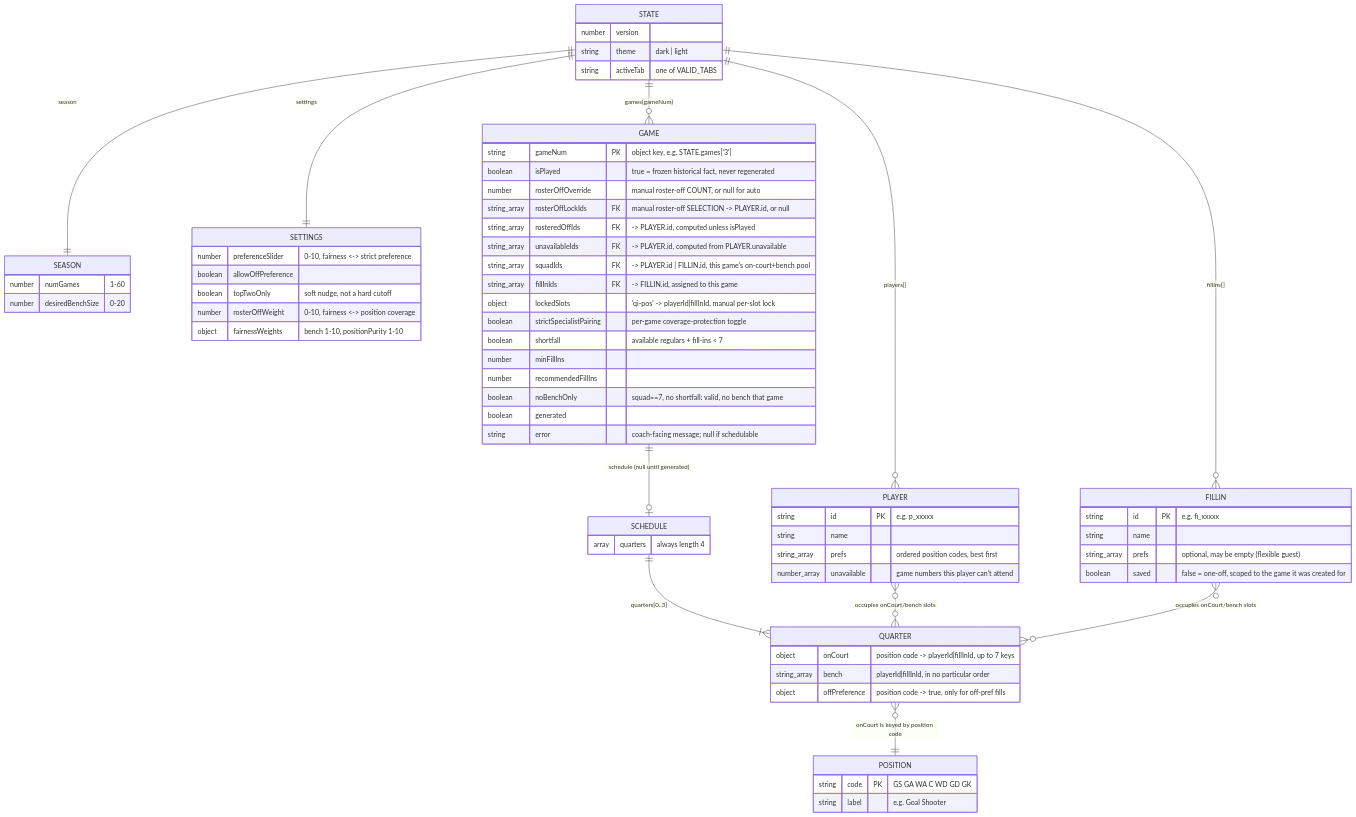
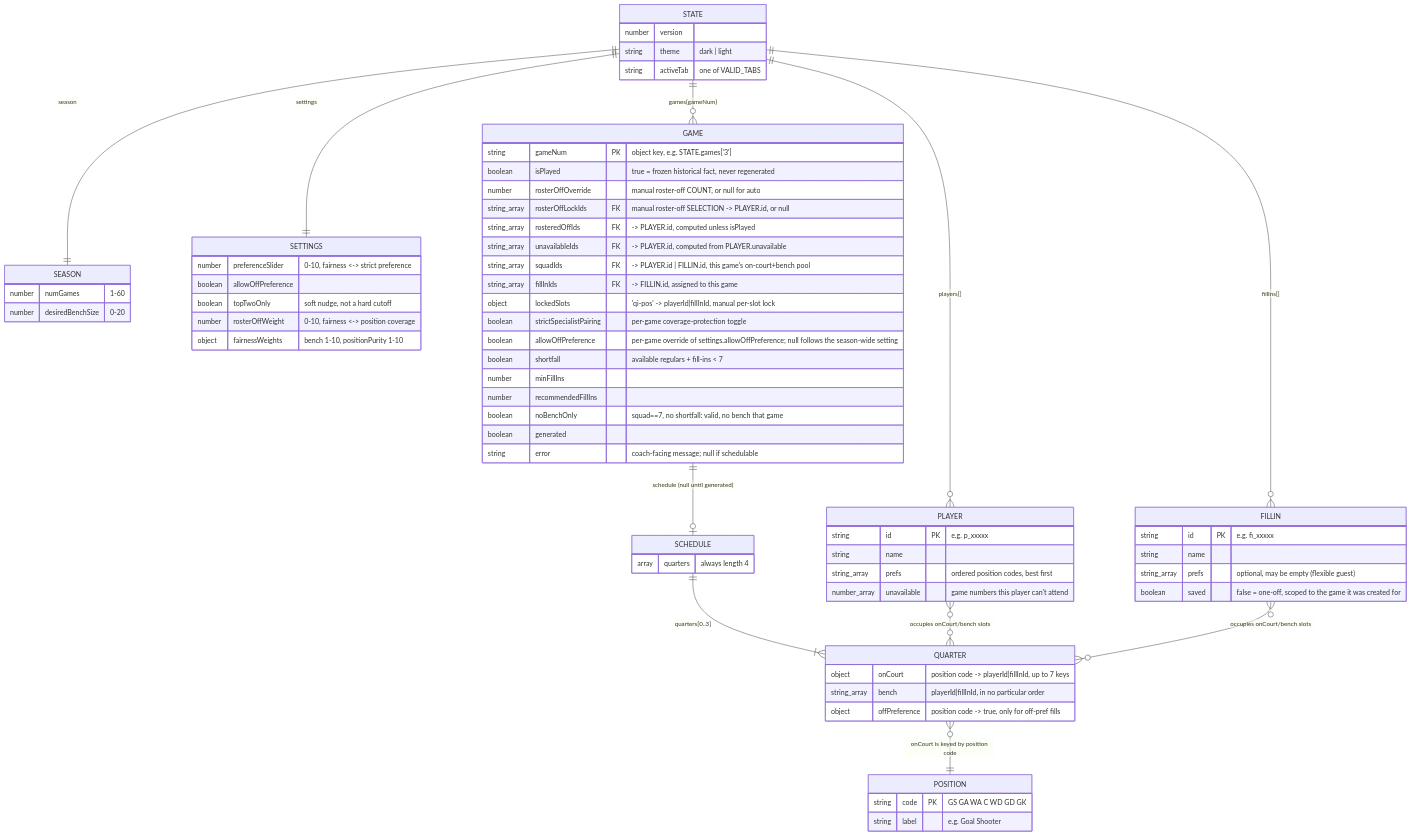
Before and after one commit to dj8/nb-roster-mgr: the diagram in docs/data-model.md, drawn with Mermaid. The commit also changed 4 other files, not shown here.

First line of the commit message:
Add per-game off-preference setting

```diff
--- a/docs/data-model.md
+++ b/docs/data-model.md
@@ -57,6 +57,7 @@
         string_array fillInIds FK "-> FILLIN.id, assigned to this game"
         object lockedSlots "'qi-pos' -> playerId|fillInId, manual per-slot lock"
         boolean strictSpecialistPairing "per-game coverage-protection toggle"
+        boolean allowOffPreference "per-game override of settings.allowOffPreference; null follows the season-wide setting"
         boolean shortfall "available regulars + fill-ins < 7"
         number minFillIns
         number recommendedFillIns
```
